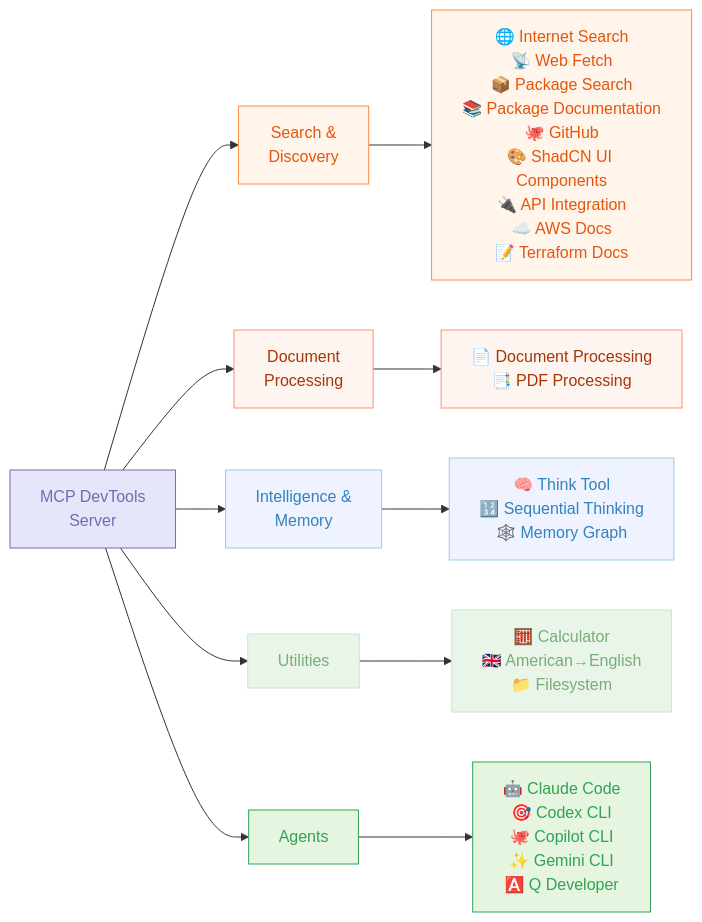
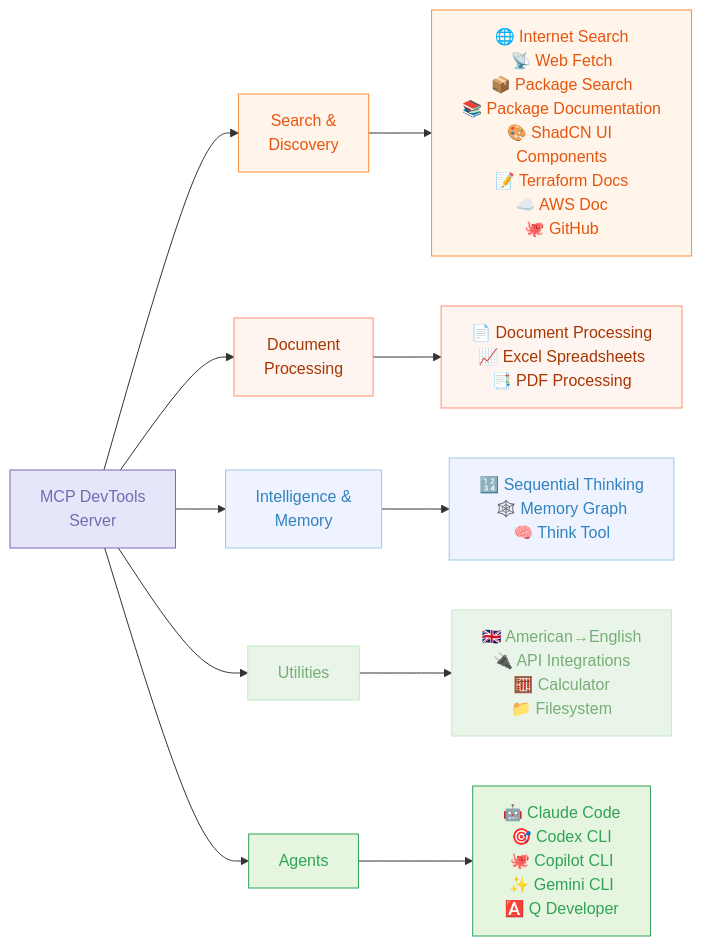
The diagram in README.md (sammcj/mcp-devtools), drawn with Mermaid before and after one commit. The commit also changed other lines of this file and 27 other files, not shown here.

Commit message:
feat: new tool - excel

````diff
--- a/README.md
+++ b/README.md
@@ -5,39 +5,39 @@
 ```mermaid
 graph LR
     A[MCP DevTools<br>Server]
 
     A --> B[Search &<br>Discovery]
     A --> C[Document<br>Processing]
     A --> E[Intelligence &<br>Memory]
     A --> F[Utilities]
     A --> G[Agents]
 
-    B --> B_Tools[🌐 Internet Search<br>📡 Web Fetch<br>📦 Package Search<br>📚 Package Documentation<br>🐙 GitHub<br>🎨 ShadCN UI Components<br>🔌 API Integration<br>☁️ AWS Docs<br>📝 Terraform Docs]
+    B --> B_Tools[🌐 Internet Search<br>📡 Web Fetch<br>📦 Package Search<br>📚 Package Documentation<br>🎨 ShadCN UI Components<br>📝 Terraform Docs<br>☁️ AWS Doc<br>🐙 GitHub]
 
-    C --> C_Tools[📄 Document Processing<br>📑 PDF Processing]
+    C --> C_Tools[📄 Document Processing<br>📈 Excel Spreadsheets<br>📑 PDF Processing]
 
-    E --> E_Tools[🧠 Think Tool<br>🔢 Sequential Thinking<br>🕸️ Memory Graph]
+    E --> E_Tools[🔢 Sequential Thinking<br>🕸️ Memory Graph<br>🧠 Think Tool]
 
-    F --> F_Tools[🧮 Calculator<br>🇬🇧 American→English<br>📁 Filesystem]
+    F --> F_Tools[🇬🇧 American→English<br>🔌 API Integrations<br>🧮 Calculator<br>📁 Filesystem]
 
     G --> G_Tools[🤖 Claude Code<br>🎯 Codex CLI<br>🐙 Copilot CLI<br>✨ Gemini CLI<br>🅰️ Q Developer]
 
     classDef inputOutput fill:#FEE0D2,stroke:#E6550D,color:#E6550D
     classDef llm fill:#E5F5E0,stroke:#31A354,color:#31A354
     classDef components fill:#E6E6FA,stroke:#756BB1,color:#756BB1
     classDef process fill:#EAF5EA,stroke:#C6E7C6,color:#77AD77
     classDef stop fill:#E5E1F2,stroke:#C7C0DE,color:#8471BF
     classDef data fill:#EFF3FF,stroke:#9ECAE1,color:#3182BD
     classDef decision fill:#FFF5EB,stroke:#FD8D3C,color:#E6550D
     classDef storage fill:#F2F0F7,stroke:#BCBDDC,color:#756BB1
     classDef api fill:#FFF5F0,stroke:#FD9272,color:#A63603
     classDef error fill:#FCBBA1,stroke:#FB6A4A,color:#CB181D
 
     class A components
     class B,B_Tools decision
     class C,C_Tools api
     class D,D_Tools error
     class E,E_Tools data
     class F,F_Tools process
     class G,G_Tools llm
 ```
````
